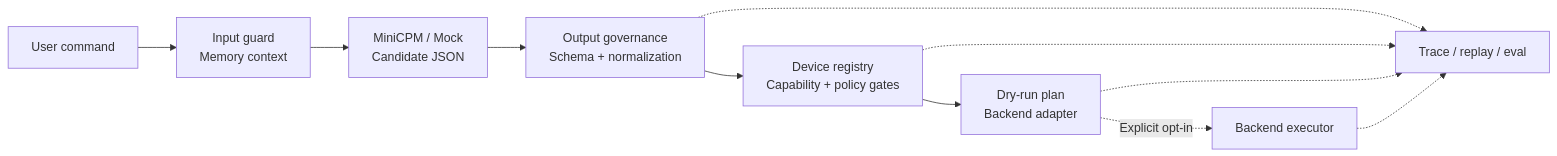
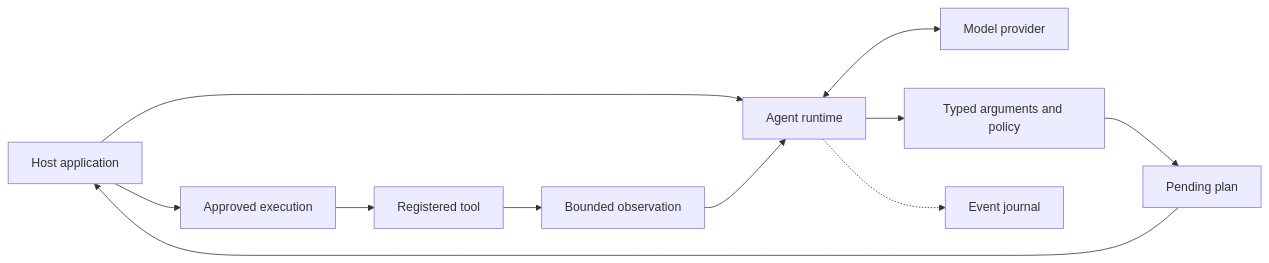
The diagram in README.md (yushui2022/EdgeHome-Harness), drawn with Mermaid before and after one commit. The commit also changed other lines of this file and 32 other files, not shown here.

````diff
--- a/README.md
+++ b/README.md
@@ -92,13 +112,13 @@
 ```mermaid
 flowchart LR
-    A[User command] --> B[Input guard\nMemory context]
-    B --> C[MiniCPM / Mock\nCandidate JSON]
-    C --> D[Output governance\nSchema + normalization]
-    D --> E[Device registry\nCapability + policy gates]
-    E --> F[Dry-run plan\nBackend adapter]
-    F -. Explicit opt-in .-> G[Backend executor]
-    D -.-> T[Trace / replay / eval]
-    E -.-> T
-    F -.-> T
-    G -.-> T
+    H[Host application] --> A[Agent runtime]
+    A <--> M[Model provider]
+    A --> V[Typed arguments and policy]
+    V --> P[Pending plan]
+    P --> H
+    H --> X[Approved execution]
+    X --> T[Registered tool]
+    T --> O[Bounded observation]
+    O --> A
+    A -.-> J[Event journal]
 ```
````
